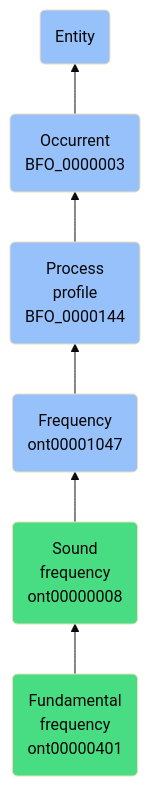
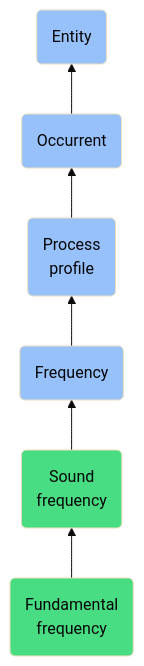
One commit to jupyter-naas/abi changed the diagram in docs/ontology/reference/model/Entity/Occurrent/Process profile/Frequency/Sound frequency/Fundamental frequency/Fundamental frequency.md. Above: the diagram before and after it, drawn with Mermaid (base theme). The commit also changed other lines of this file and 1430 other files, not shown here.

````diff
--- a/docs/ontology/reference/model/Entity/Occurrent/Process profile/Frequency/Sound frequency/Fundamental frequency/Fundamental frequency.md
+++ b/docs/ontology/reference/model/Entity/Occurrent/Process profile/Frequency/Sound frequency/Fundamental frequency/Fundamental frequency.md
@@ -24,13 +24,13 @@
 ```mermaid
 graph BT
-    ont00000401(Fundamental<br>frequency<br>ont00000401):::ABI-->ont00000008
-    ont00000008(Sound<br>frequency<br>ont00000008):::ABI-->ont00001047
-    ont00001047(Frequency<br>ont00001047):::BFO-->BFO_0000144
-    BFO_0000144(Process<br>profile<br>BFO_0000144):::BFO-->BFO_0000003
-    BFO_0000003(Occurrent<br>BFO_0000003):::BFO-->BFO_0000001
+    ont00000401(Fundamental<br>frequency):::ABI-->ont00000008
+    ont00000008(Sound<br>frequency):::ABI-->ont00001047
+    ont00001047(Frequency):::BFO-->BFO_0000144
+    BFO_0000144(Process<br>profile):::BFO-->BFO_0000003
+    BFO_0000003(Occurrent):::BFO-->BFO_0000001
     BFO_0000001(Entity):::BFO
     
     classDef BFO fill:#97c1fb,color:#060606
     classDef CCO fill:#e4c51e,color:#060606
     classDef ABI fill:#48DD82,color:#060606
 ```
````
